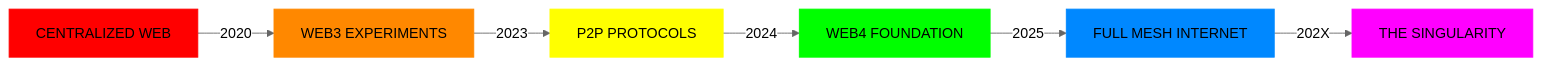
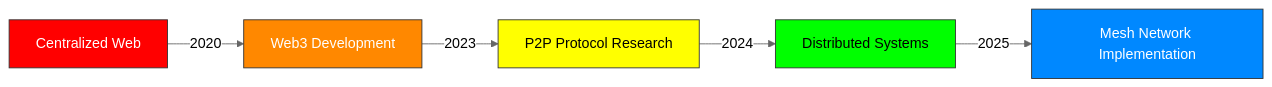
One commit to The404Studios/The404Studios changed the diagram in README.md. Above: the diagram before and after it, drawn with Mermaid (neutral theme). The commit also changed other lines of this file, not shown here.

````diff
--- a/README.md
+++ b/README.md
@@ -218,15 +134,13 @@
 ```mermaid
 graph LR
-    A[CENTRALIZED WEB] -->|2020| B[WEB3 EXPERIMENTS]
-    B -->|2023| C[P2P PROTOCOLS]
-    C -->|2024| D[WEB4 FOUNDATION]
-    D -->|2025| E[FULL MESH INTERNET]
-    E -->|202X| F[THE SINGULARITY]
+    A[Centralized Web] -->|2020| B[Web3 Development]
+    B -->|2023| C[P2P Protocol Research]
+    C -->|2024| D[Distributed Systems]
+    D -->|2025| E[Mesh Network Implementation]
     
-    style A fill:#ff0000,stroke:#ff0000,color:#000
-    style B fill:#ff8800,stroke:#ff8800,color:#000
-    style C fill:#ffff00,stroke:#ffff00,color:#000
-    style D fill:#00ff00,stroke:#00ff00,color:#000
-    style E fill:#0088ff,stroke:#0088ff,color:#000
-    style F fill:#ff00ff,stroke:#ff00ff,color:#000
+    style A fill:#ff0000,stroke:#333,color:#fff
+    style B fill:#ff8800,stroke:#333,color:#fff
+    style C fill:#ffff00,stroke:#333,color:#000
+    style D fill:#00ff00,stroke:#333,color:#000
+    style E fill:#0088ff,stroke:#333,color:#fff
 ```
````
